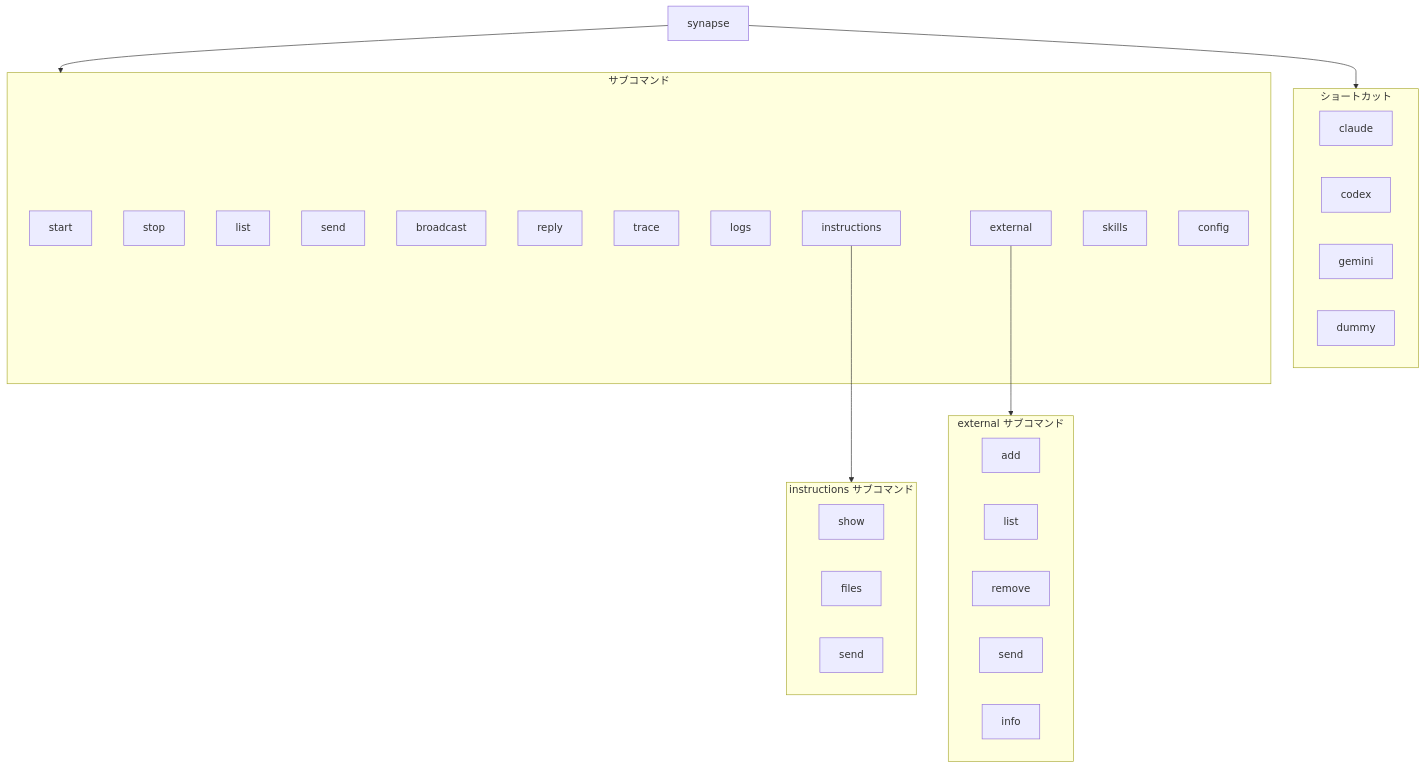
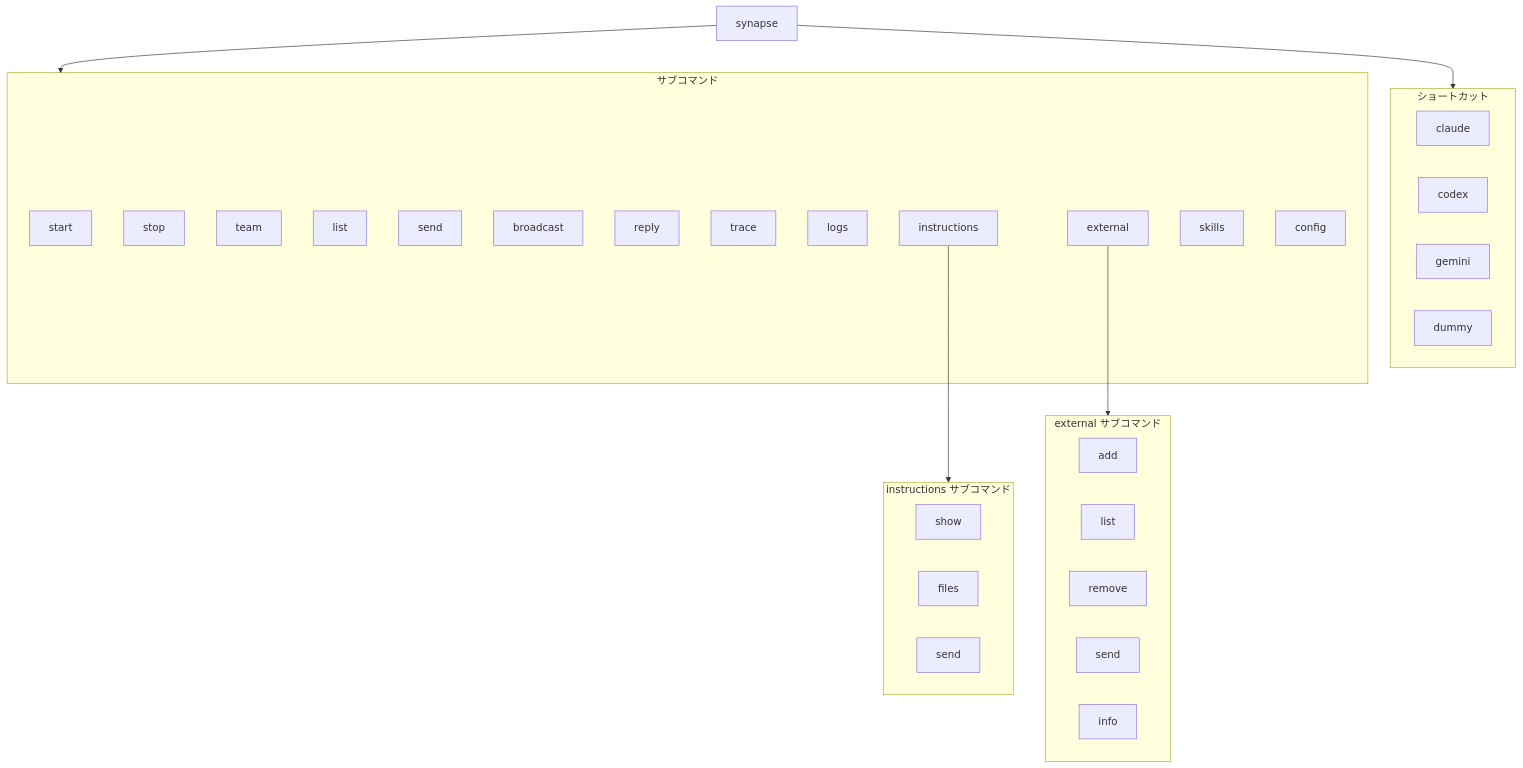
Before and after one commit to s-hiraoku/synapse-a2a: the first of 3 diagrams in guides/references.md, drawn with Mermaid. The commit also changed other lines of this file and 4 other files, not shown here.

````diff
--- a/guides/references.md
+++ b/guides/references.md
@@ -11,45 +11,46 @@
 ```mermaid
 flowchart TB
     synapse["synapse"]
 
     subgraph Shortcuts["ショートカット"]
         claude["claude"]
         codex["codex"]
         gemini["gemini"]
         dummy["dummy"]
     end
 
     subgraph Commands["サブコマンド"]
         start["start"]
         stop["stop"]
+        team["team"]
         list["list"]
         send["send"]
         broadcast["broadcast"]
         reply["reply"]
         trace["trace"]
         logs["logs"]
         instructions["instructions"]
         external["external"]
         skills["skills"]
         config["config"]
     end
 
     subgraph Instructions["instructions サブコマンド"]
         inst_show["show"]
         inst_files["files"]
         inst_send["send"]
     end
 
     subgraph External["external サブコマンド"]
         ext_add["add"]
         ext_list["list"]
         ext_remove["remove"]
         ext_send["send"]
         ext_info["info"]
     end
 
     synapse --> Shortcuts
     synapse --> Commands
     instructions --> Instructions
     external --> External
 ```
````
